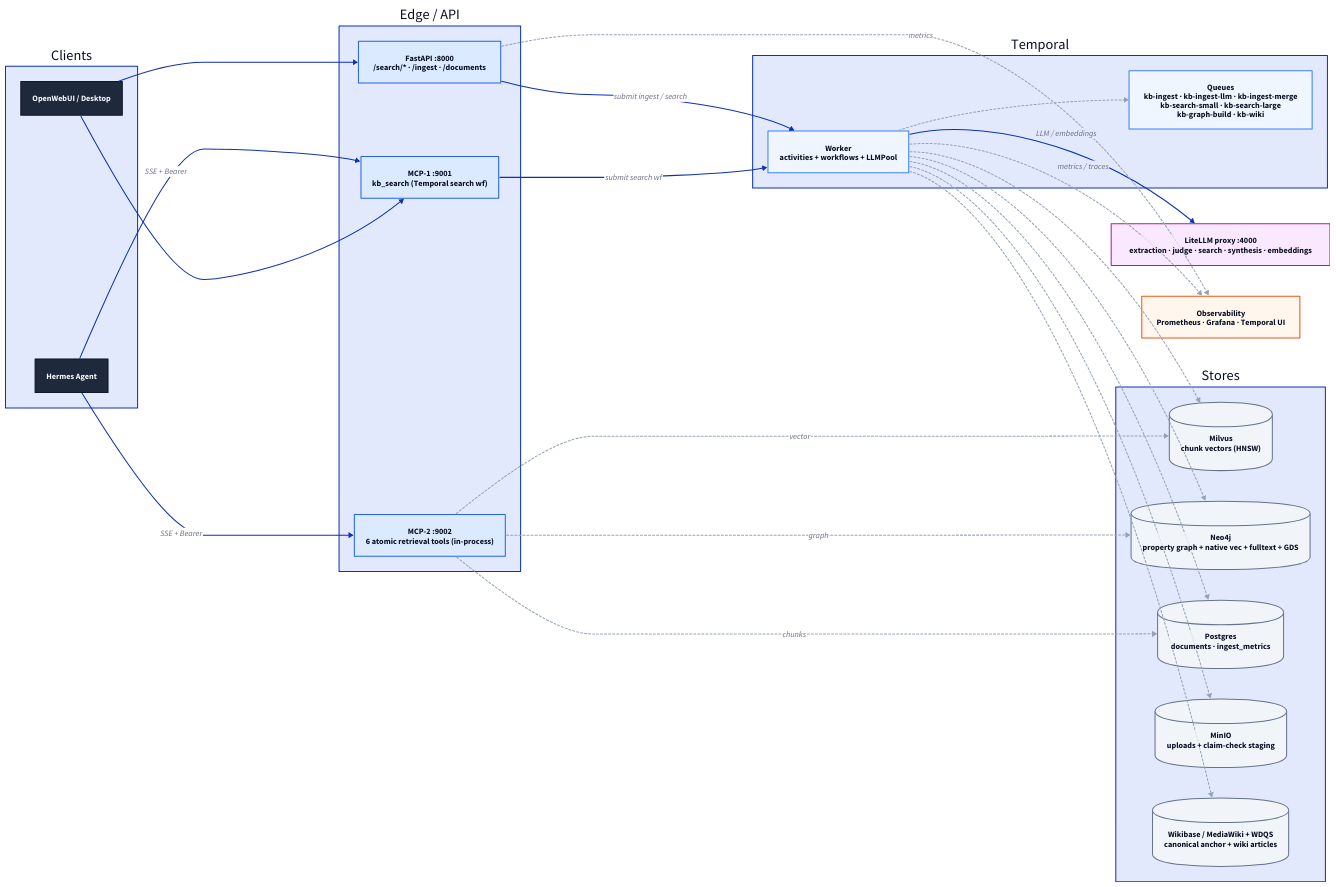
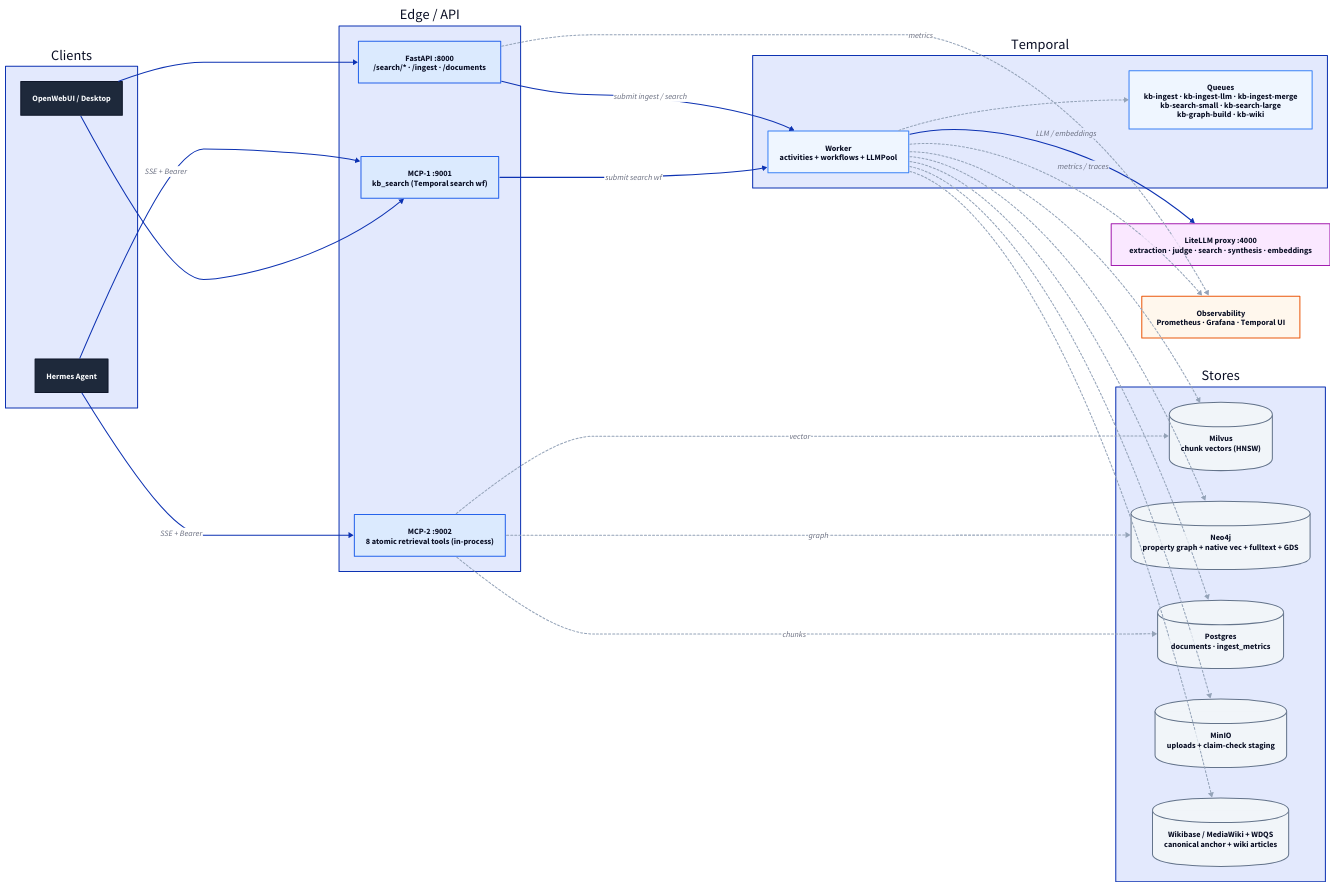
One commit to a-tsitanov/agent_v2 changed the diagram in docs/diagrams/system_architecture.d2. Above: the diagram before and after it, drawn with D2. The commit also changed 19 other files, not shown here.

```diff
--- a/docs/diagrams/system_architecture.d2
+++ b/docs/diagrams/system_architecture.d2
@@ -1,62 +1,62 @@
 # kb-llamaindex — system architecture (container view)
 direction: right
 
 classes: {
   ext:   { style: { fill: "#1e293b"; font-color: "#f8fafc"; stroke: "#0f172a"; bold: true } }
   edge:  { style: { fill: "#dbeafe"; stroke: "#2563eb" } }
   comp:  { style: { fill: "#eff6ff"; stroke: "#3b82f6" } }
   llm:   { style: { fill: "#fae8ff"; stroke: "#a21caf" } }
   store: { shape: cylinder; style: { fill: "#f1f5f9"; stroke: "#64748b" } }
   obs:   { style: { fill: "#fff7ed"; stroke: "#ea580c" } }
   thin:  { style: { stroke: "#94a3b8"; stroke-dash: 2 } }
 }
 
 clients: "Clients" {
   hermes: "Hermes Agent" { class: ext }
   owui: "OpenWebUI / Desktop" { class: ext }
 }
 
 edge: "Edge / API" {
   api: "FastAPI :8000\n/search/* · /ingest · /documents" { class: edge }
   mcp1: "MCP-1 :9001\nkb_search (Temporal search wf)" { class: edge }
-  mcp2: "MCP-2 :9002\n6 atomic retrieval tools (in-process)" { class: edge }
+  mcp2: "MCP-2 :9002\n8 atomic retrieval tools (in-process)" { class: edge }
 }
 
 temporal: "Temporal" {
   worker: "Worker\nactivities + workflows + LLMPool" { class: comp }
   q: "Queues\nkb-ingest · kb-ingest-llm · kb-ingest-merge\nkb-search-small · kb-search-large\nkb-graph-build · kb-wiki" { class: comp }
   worker -> q: "" { class: thin }
 }
 
 litellm: "LiteLLM proxy :4000\nextraction · judge · search · synthesis · embeddings" { class: llm }
 
 stores: "Stores" {
   milvus: "Milvus\nchunk vectors (HNSW)" { class: store }
   neo4j: "Neo4j\nproperty graph + native vec + fulltext + GDS" { class: store }
   pg: "Postgres\ndocuments · ingest_metrics" { class: store }
   minio: "MinIO\nuploads + claim-check staging" { class: store }
   wiki: "Wikibase / MediaWiki + WDQS\ncanonical anchor + wiki articles" { class: store }
 }
 
 obs: "Observability\nPrometheus · Grafana · Temporal UI" { class: obs }
 
 clients.hermes -> edge.mcp1: "SSE + Bearer"
 clients.hermes -> edge.mcp2: "SSE + Bearer"
 clients.owui -> edge.mcp1
 clients.owui -> edge.api
 
 edge.api -> temporal.worker: "submit ingest / search"
 edge.mcp1 -> temporal.worker: "submit search wf"
 edge.mcp2 -> stores.milvus: "vector" { class: thin }
 edge.mcp2 -> stores.neo4j: "graph" { class: thin }
 edge.mcp2 -> stores.pg: "chunks" { class: thin }
 
 temporal.worker -> litellm: "LLM / embeddings"
 temporal.worker -> stores.milvus { class: thin }
 temporal.worker -> stores.neo4j { class: thin }
 temporal.worker -> stores.pg { class: thin }
 temporal.worker -> stores.minio { class: thin }
 temporal.worker -> stores.wiki { class: thin }
 
 temporal.worker -> obs: "metrics / traces" { class: thin }
 edge.api -> obs: "metrics" { class: thin }
```
